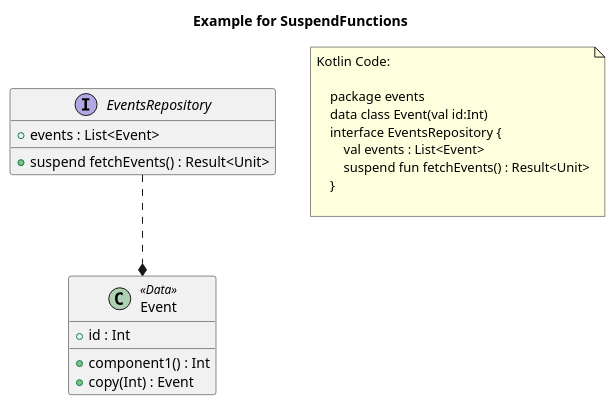
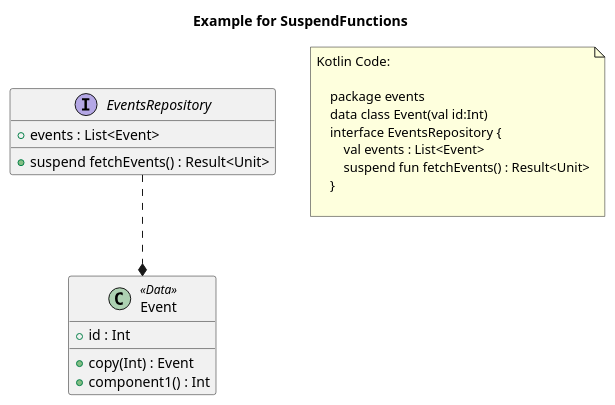
One commit to Tosaa/ksp-plantuml changed the diagram in doc/plantuml/SuspendFunctions.puml. Above: the diagram before and after it, drawn with PlantUML. The commit also changed other lines of this file and 11 other files, not shown here.

```diff
--- a/doc/plantuml/SuspendFunctions.puml
+++ b/doc/plantuml/SuspendFunctions.puml
@@ -1,34 +1,34 @@
 @startuml
 title Example for SuspendFunctions
 'This file is generated by the GenerateExamplesForDoc test.
 
     'events.Event
     class "Event" as events_Event <<Data>>{
         + id : Int
+		+ copy(Int) : Event
 		+ component1() : Int
-		+ copy(Int) : Event
     }
 
 
     'events.EventsRepository
     interface "EventsRepository" as events_EventsRepository {
         + events : List<Event>
 		+ suspend fetchEvents() : Result<Unit>
     }
 
 
 events_EventsRepository ..* events_Event
 
 note as note_of_code
 Kotlin Code:
 
     package events
     data class Event(val id:Int)
     interface EventsRepository {
         val events : List<Event>
         suspend fun fetchEvents() : Result<Unit>
     }
     
 end note
 
 @enduml
```
